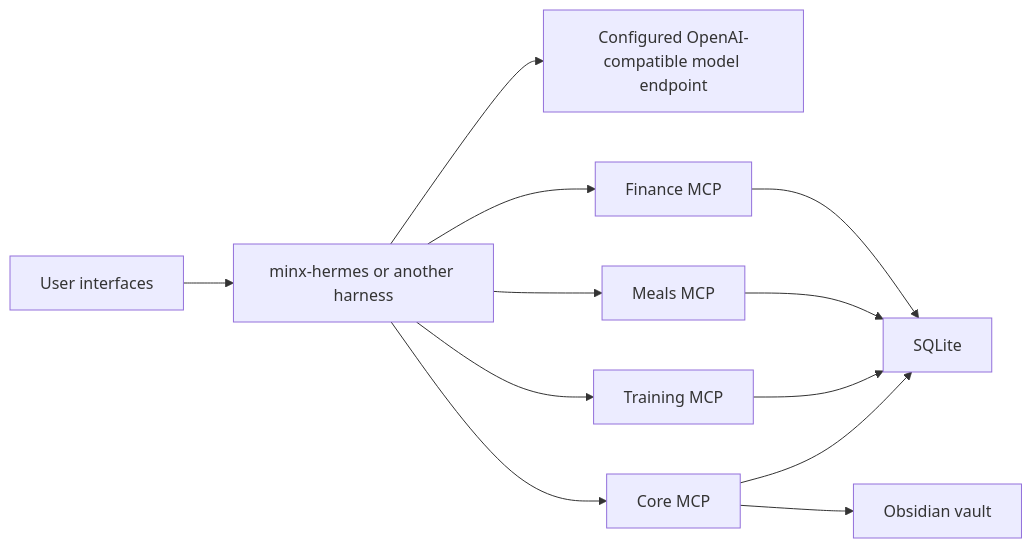
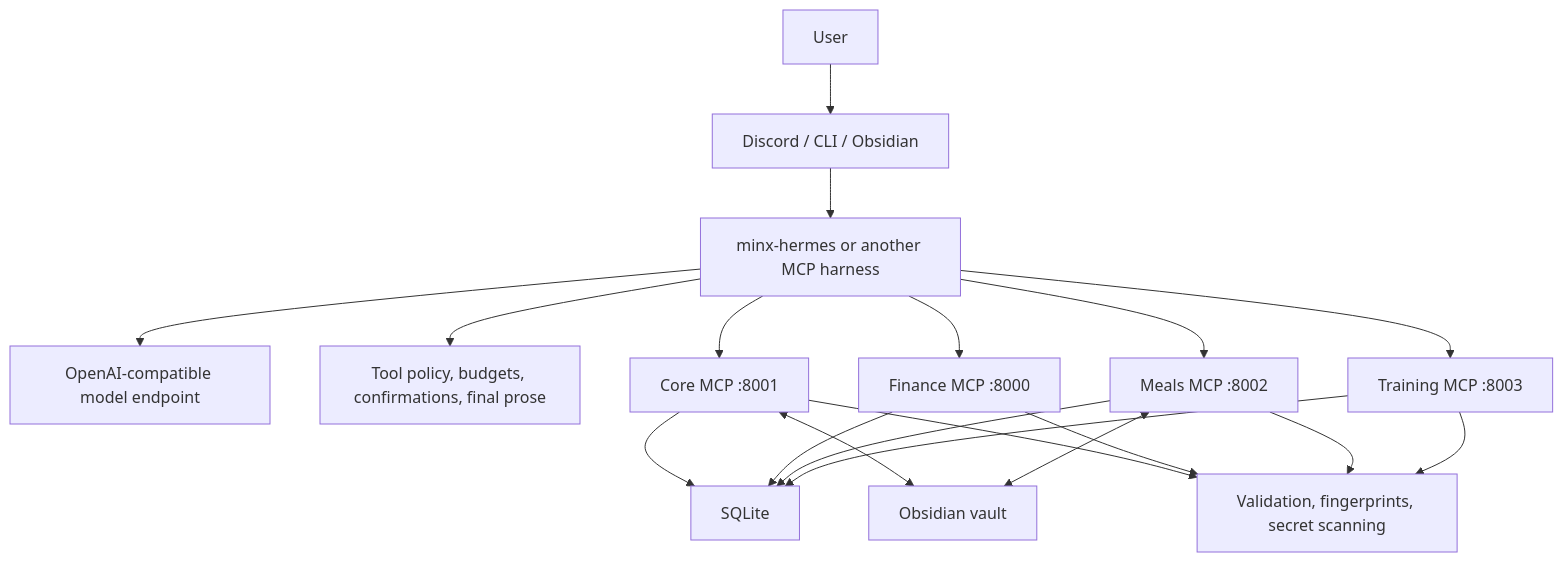
One commit to akminx/minx changed the first of 3 diagrams in docs/ARCHITECTURE.md. Above: the diagram before and after it, drawn with Mermaid. The commit also changed other lines of this file and 1 other file, not shown here.

First line of the commit message:
chore: clarify architecture diagrams

````diff
--- a/docs/ARCHITECTURE.md
+++ b/docs/ARCHITECTURE.md
@@ -7,14 +7,26 @@
 ```mermaid
-flowchart LR
-    user["User interfaces"] --> hermes["minx-hermes or another harness"]
-    hermes --> model["Configured OpenAI-compatible model endpoint"]
-    hermes --> core["Core MCP"]
-    hermes --> finance["Finance MCP"]
-    hermes --> meals["Meals MCP"]
-    hermes --> training["Training MCP"]
-    finance --> sqlite["SQLite"]
+flowchart TB
+    user["User"] --> interfaces["Discord / CLI / Obsidian"]
+    interfaces --> harness["minx-hermes or another MCP harness"]
+
+    harness --> model["OpenAI-compatible model endpoint"]
+    harness --> policy["Tool policy, budgets, confirmations, final prose"]
+
+    harness --> core["Core MCP :8001"]
+    harness --> finance["Finance MCP :8000"]
+    harness --> meals["Meals MCP :8002"]
+    harness --> training["Training MCP :8003"]
+
+    core --> sqlite["SQLite"]
+    finance --> sqlite
     meals --> sqlite
     training --> sqlite
-    core --> sqlite
-    core --> vault["Obsidian vault"]
+
+    core <--> vault["Obsidian vault"]
+    meals <--> vault
+
+    core --> safety["Validation, fingerprints, secret scanning"]
+    finance --> safety
+    meals --> safety
+    training --> safety
 ```
````
